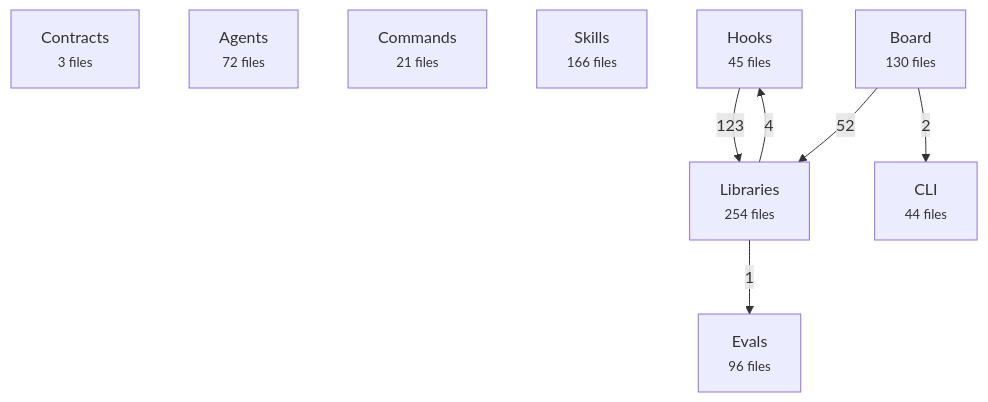
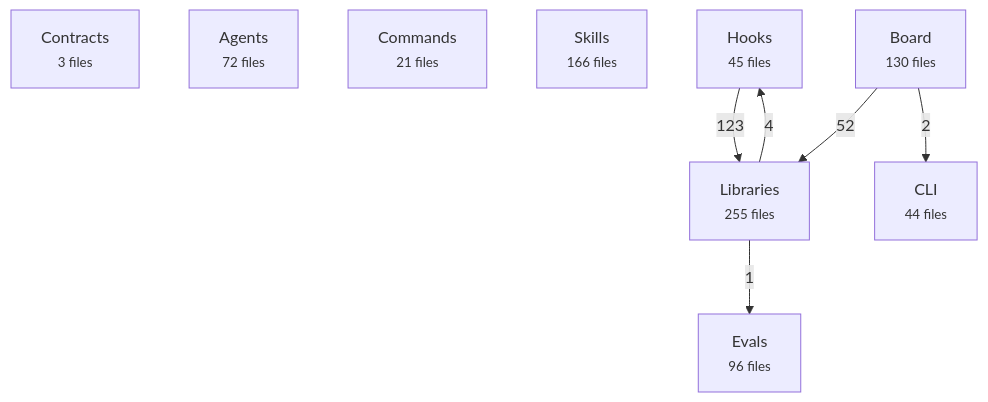
One commit to avelikiy/great_cto changed the first of 2 diagrams in docs/reference/architecture-map.md. Above: the diagram before and after it, drawn with Mermaid. The commit also changed other lines of this file and 4 other files, not shown here.

````diff
--- a/docs/reference/architecture-map.md
+++ b/docs/reference/architecture-map.md
@@ -20,17 +20,17 @@
 ```mermaid
 flowchart TD
   contracts["Contracts<br/><small>3 files</small>"]
   agents["Agents<br/><small>72 files</small>"]
   commands["Commands<br/><small>21 files</small>"]
   skills["Skills<br/><small>166 files</small>"]
   hooks["Hooks<br/><small>45 files</small>"]
-  libs["Libraries<br/><small>254 files</small>"]
+  libs["Libraries<br/><small>255 files</small>"]
   board["Board<br/><small>130 files</small>"]
   cli["CLI<br/><small>44 files</small>"]
   evals["Evals<br/><small>96 files</small>"]
   hooks -->|123| libs
   board -->|52| libs
   libs -->|4| hooks
   board -->|2| cli
   libs -->|1| evals
 ```
````
